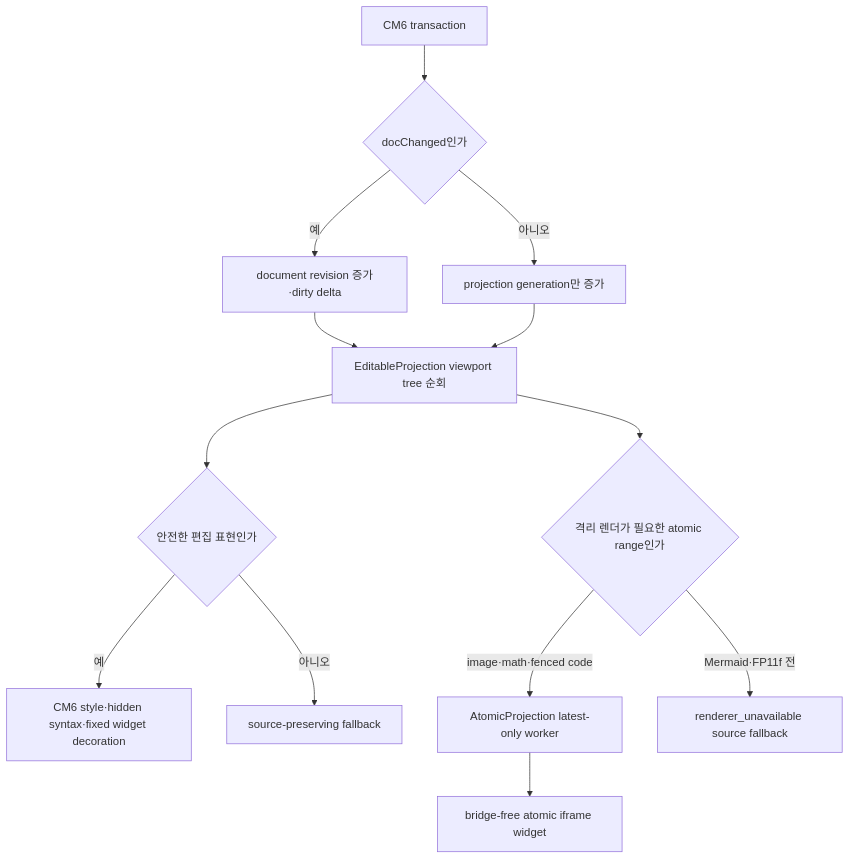
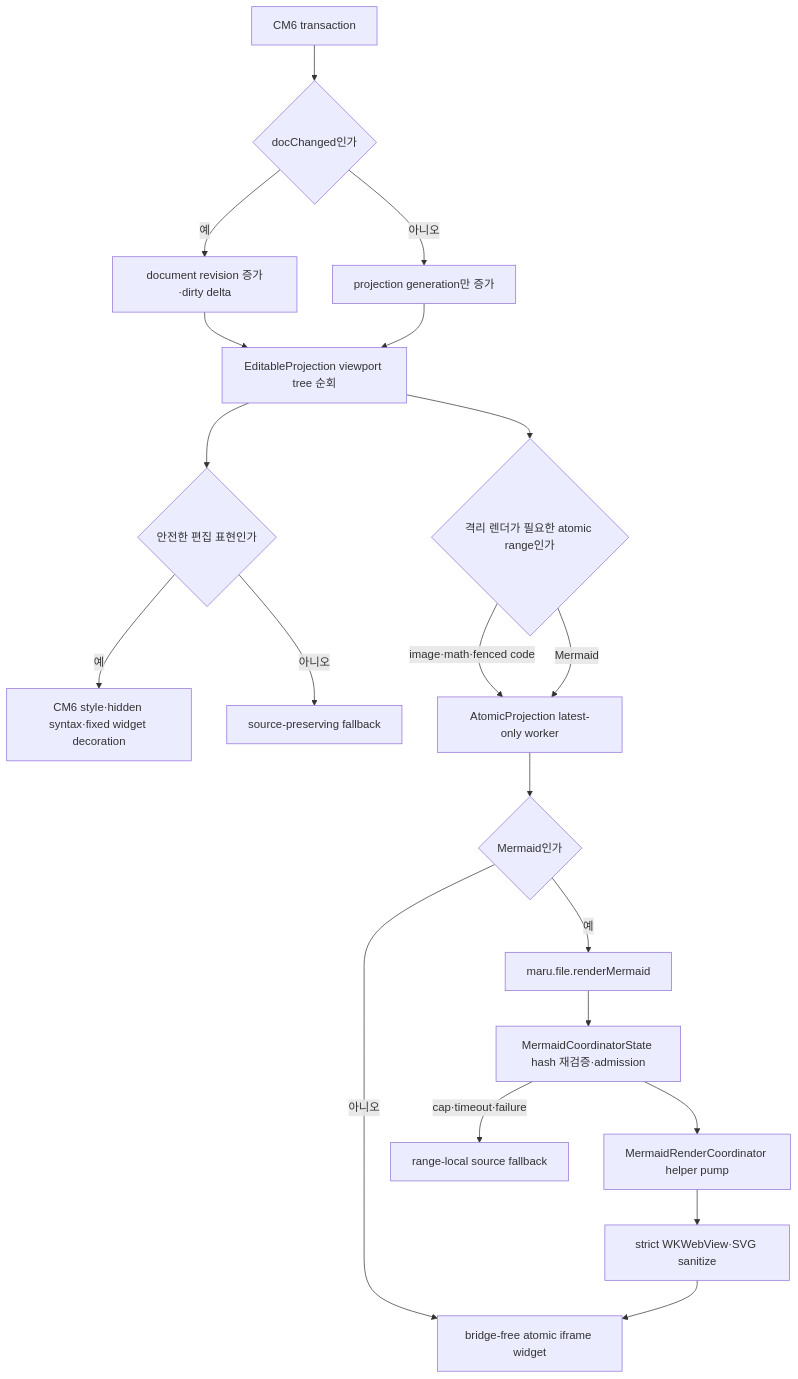
The first of 2 diagrams in docs/file-panel.md (ohah/maru), drawn with Mermaid before and after one commit. The commit also changed other lines of this file and 52 other files, not shown here.

Commit message:
feat(file-panel): Mermaid 라이브 프리뷰를 연결한다

````diff
--- a/docs/file-panel.md
+++ b/docs/file-panel.md
@@ -73,15 +73,22 @@
 ```mermaid
 flowchart TD
     A["CM6 transaction"] --> B{"docChanged인가"}
     B -->|예| C["document revision 증가·dirty delta"]
     B -->|아니오| D["projection generation만 증가"]
     C --> E["EditableProjection viewport tree 순회"]
     D --> E
     E --> F{"안전한 편집 표현인가"}
     F -->|예| G["CM6 style·hidden syntax·fixed widget decoration"]
     F -->|아니오| H["source-preserving fallback"]
     E --> I{"격리 렌더가 필요한 atomic range인가"}
     I -->|image·math·fenced code| J["AtomicProjection latest-only worker"]
-    J --> K["bridge-free atomic iframe widget"]
-    I -->|Mermaid·FP11f 전| L["renderer_unavailable source fallback"]
+    I -->|Mermaid| J
+    J --> K{"Mermaid인가"}
+    K -->|아니오| L["bridge-free atomic iframe widget"]
+    K -->|예| M["maru.file.renderMermaid"]
+    M --> N["MermaidCoordinatorState hash 재검증·admission"]
+    N --> O["MermaidRenderCoordinator helper pump"]
+    O --> P["strict WKWebView·SVG sanitize"]
+    P --> L
+    N -->|cap·timeout·failure| Q["range-local source fallback"]
 ```
````
